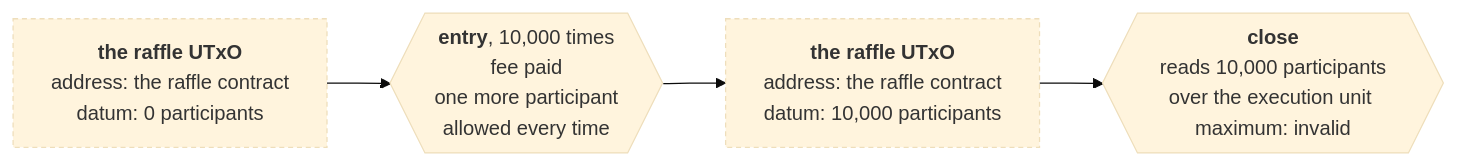
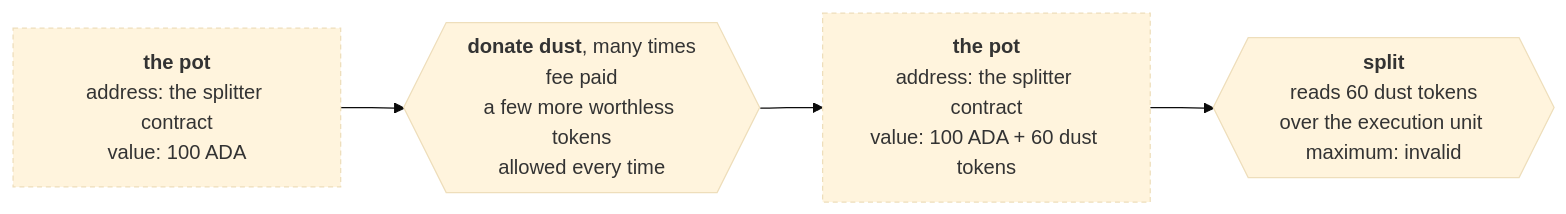
Before and after one commit to cardano-foundation/developer-portal: the seventh of 8 diagrams in docs/developers/onboarding/lectures/advanced/1-detecting-vulnerabilities.md, drawn with Mermaid (base theme). The commit also changed other lines of this file and 15 other files, not shown here.

````diff
--- a/docs/developers/onboarding/lectures/advanced/1-detecting-vulnerabilities.md
+++ b/docs/developers/onboarding/lectures/advanced/1-detecting-vulnerabilities.md
@@ -230,21 +235,21 @@
 ```mermaid
 flowchart LR
-    U0["`**the raffle UTxO**
-    address: the raffle contract
-    datum: 0 participants`"]
-    E{{"`**entry**, 10,000 times
+    U0["`**the pot**
+    address: the splitter contract
+    value: 100 ADA`"]
+    E{{"`**donate dust**, many times
     fee paid
-    one more participant
+    a few more worthless tokens
     allowed every time`"}}
-    UN["`**the raffle UTxO**
-    address: the raffle contract
-    datum: 10,000 participants`"]
-    C{{"`**close**
-    reads 10,000 participants
+    UN["`**the pot**
+    address: the splitter contract
+    value: 100 ADA + 60 dust tokens`"]
+    C{{"`**split**
+    reads 60 dust tokens
     over the execution unit maximum: invalid`"}}
 
     U0 --> E --> UN --> C
 
     style U0 stroke-dasharray:4 3
     style UN stroke-dasharray:4 3
 ```
````
